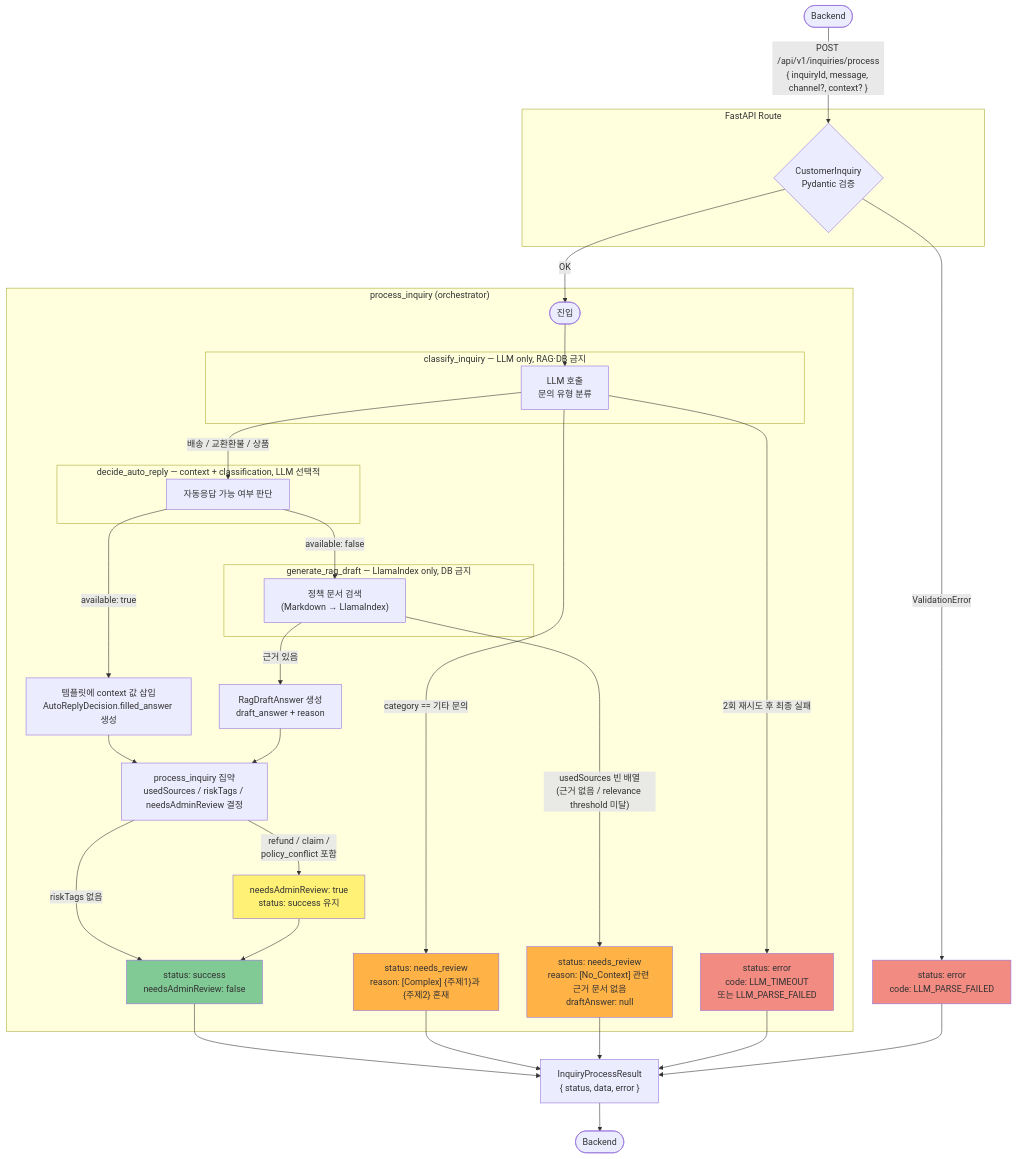
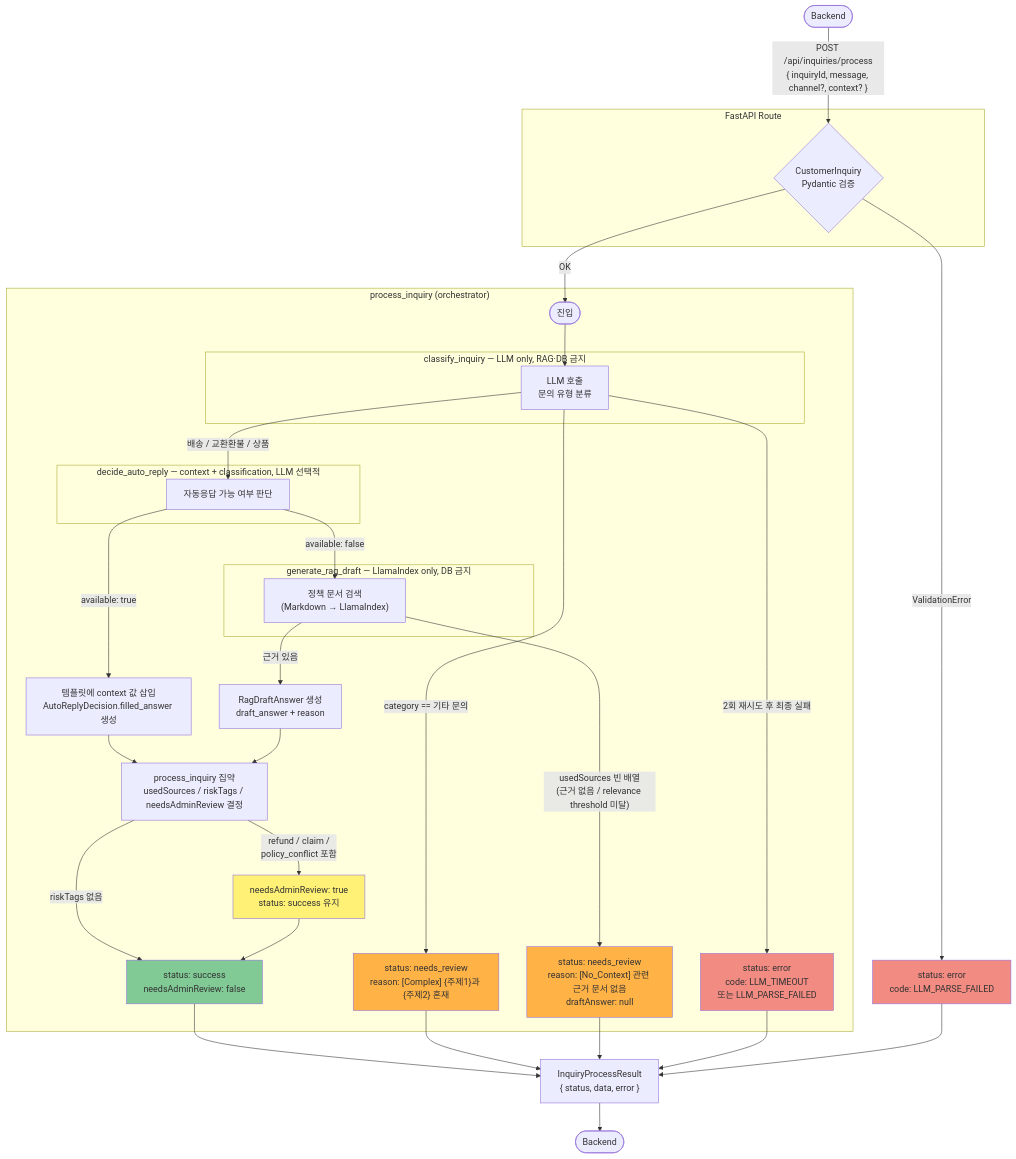
One commit to Hanyang-Support-Agent/hsa-AI changed the first of 2 diagrams in workflow.md. Above: the diagram before and after it, drawn with Mermaid. The commit also changed other lines of this file and 19 other files, not shown here.

````diff
--- a/workflow.md
+++ b/workflow.md
@@ -21,62 +21,62 @@
 ``` mermaid
 flowchart TD
-    BE([Backend]) -->|"POST /api/v1/inquiries/process\n{ inquiryId, message, channel?, context? }"| VALID
+    BE([Backend]) -->|"POST /api/inquiries/process\n{ inquiryId, message, channel?, context? }"| VALID
 
     subgraph FastAPI ["FastAPI Route"]
         VALID{"CustomerInquiry\nPydantic 검증"}
     end
 
     VALID -->|"ValidationError"| E_VAL["status: error\ncode: LLM_PARSE_FAILED"]
     VALID -->|"OK"| ORCH
 
     subgraph PROC ["process_inquiry  (orchestrator)"]
         ORCH(["진입"]) --> CLS
 
         subgraph CLS_BOX ["classify_inquiry  —  LLM only, RAG·DB 금지"]
             CLS["LLM 호출\n문의 유형 분류"]
         end
 
         CLS -->|"2회 재시도 후 최종 실패"| E_LLM["status: error\ncode: LLM_TIMEOUT\n또는 LLM_PARSE_FAILED"]
         CLS -->|"category == 기타 문의"| NR_C["status: needs_review\nreason: [Complex] {주제1}과 {주제2} 혼재"]
         CLS -->|"배송 / 교환환불 / 상품"| AUTO
 
         subgraph AUTO_BOX ["decide_auto_reply  —  context + classification, LLM 선택적"]
             AUTO["자동응답 가능 여부 판단"]
         end
 
         AUTO -->|"available: true"| FILL["템플릿에 context 값 삽입\nAutoReplyDecision.filled_answer 생성"]
         AUTO -->|"available: false"| RAG
 
         subgraph RAG_BOX ["generate_rag_draft  —  LlamaIndex only, DB 금지"]
             RAG["정책 문서 검색\n(Markdown → LlamaIndex)"]
         end
 
         RAG -->|"usedSources 빈 배열\n(근거 없음 / relevance threshold 미달)"| NR_N["status: needs_review\nreason: [No_Context] 관련 근거 문서 없음\ndraftAnswer: null"]
         RAG -->|"근거 있음"| RDRAFT["RagDraftAnswer 생성\ndraft_answer + reason"]
 
         FILL --> AGG
         RDRAFT --> AGG
 
         AGG["process_inquiry 집약\nusedSources / riskTags / needsAdminReview 결정"]
 
         AGG -->|"refund / claim /\npolicy_conflict 포함"| RISK["needsAdminReview: true\nstatus: success 유지"]
         AGG -->|"riskTags 없음"| OK["status: success\nneedsAdminReview: false"]
         RISK --> OK
     end
 
     OK --> WRAP
     NR_C --> WRAP
     NR_N --> WRAP
     E_LLM --> WRAP
     E_VAL --> WRAP
 
     WRAP["InquiryProcessResult\n{ status, data, error }"]
     WRAP --> BE2([Backend])
 
     style E_VAL fill:#f28b82
     style E_LLM fill:#f28b82
     style NR_C fill:#ffb347
     style NR_N fill:#ffb347
     style OK fill:#81c995
     style RISK fill:#fff176
 ```
````
